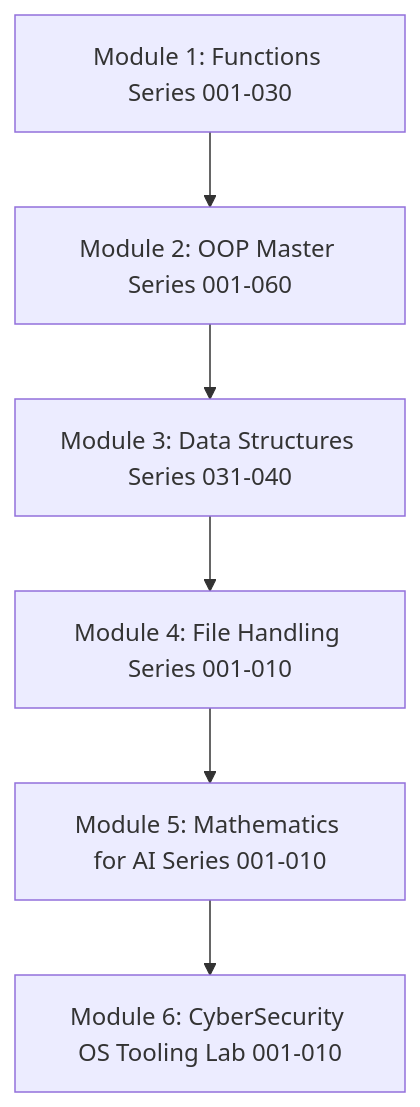
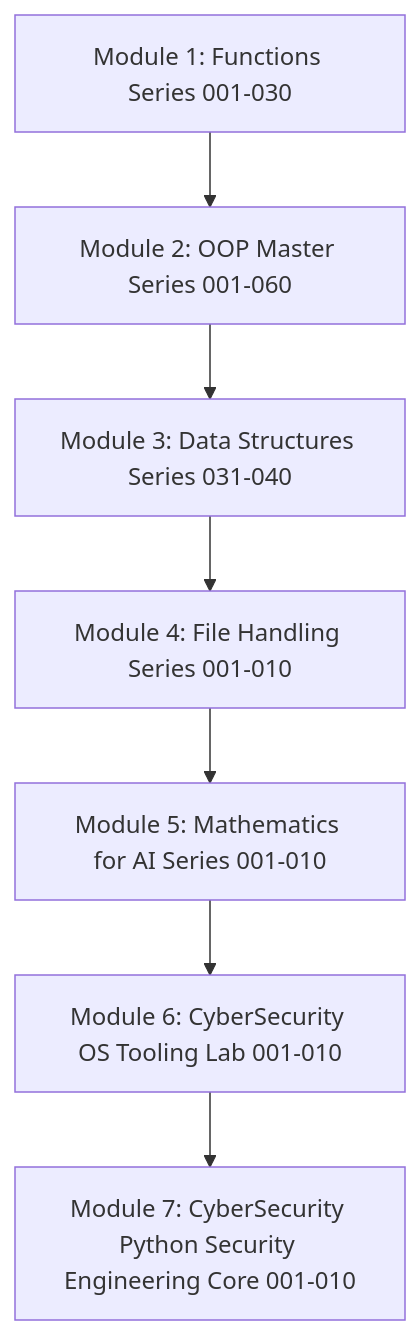
The diagram in README.md (LIKITH-3012-MAC/Complete-Python-3-oops-also-), drawn with Mermaid before and after one commit. The commit also changed other lines of this file and 13 other files, not shown here.

Commit message:
Complete CyberSecurity Python Security Engineering Core (001-010) compiled notebooks and update README

````diff
--- a/README.md
+++ b/README.md
@@ -22,8 +22,9 @@
 ```mermaid
 graph TD
     A[Module 1: Functions Series 001-030] --> B[Module 2: OOP Master Series 001-060]
     B --> C[Module 3: Data Structures Series 031-040]
     C --> D[Module 4: File Handling Series 001-010]
     D --> E[Module 5: Mathematics for AI Series 001-010]
     E --> F[Module 6: CyberSecurity OS Tooling Lab 001-010]
+    F --> G[Module 7: CyberSecurity Python Security Engineering Core 001-010]
 ```
````
